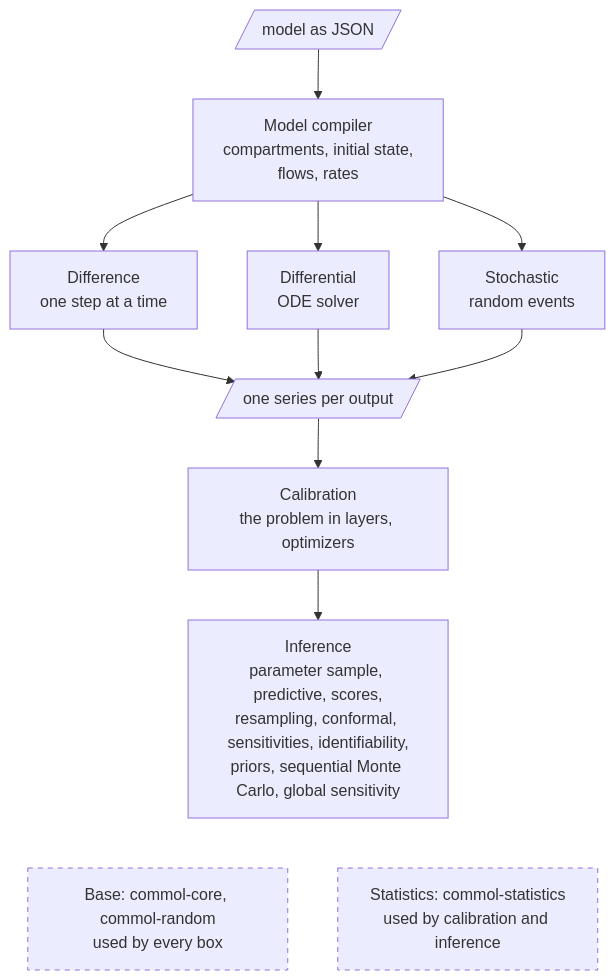
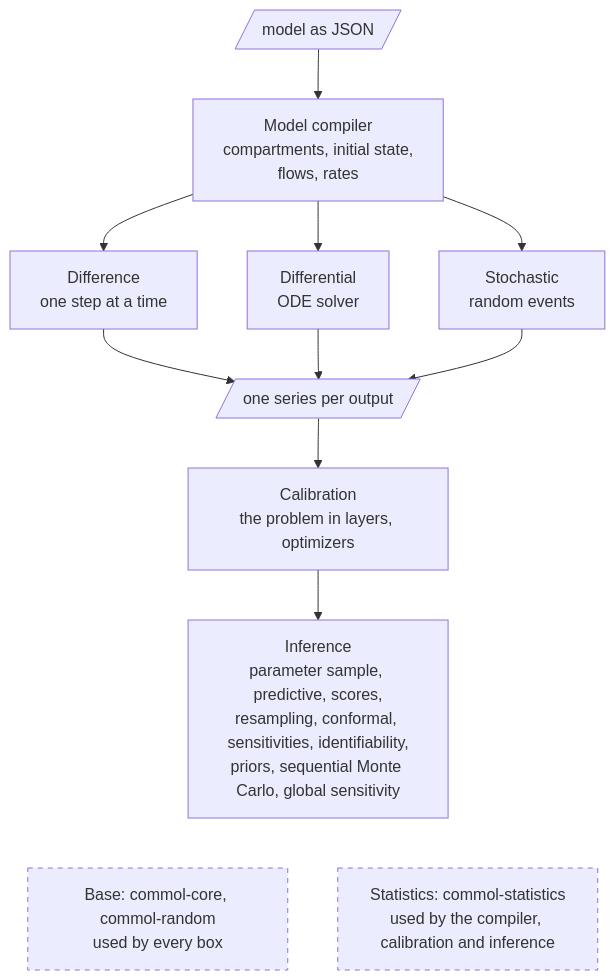
One commit to MUNQU/commol changed the second of 4 diagrams in docs/codebase/architecture.md. Above: the diagram before and after it, drawn with Mermaid. The commit also changed other lines of this file and 57 other files, not shown here.

````diff
--- a/docs/codebase/architecture.md
+++ b/docs/codebase/architecture.md
@@ -48,22 +48,22 @@
 ```mermaid
 flowchart TB
     J[/model as JSON/]
     M["Model compiler<br/>compartments, initial state,<br/>flows, rates"]
     E1["Difference<br/>one step at a time"]
     E2["Differential<br/>ODE solver"]
     E3["Stochastic<br/>random events"]
     O[/one series per output/]
     C["Calibration<br/>the problem in layers, optimizers"]
     I["Inference<br/>parameter sample, predictive, scores,<br/>resampling, conformal, sensitivities, identifiability,<br/>priors, sequential Monte Carlo, global sensitivity"]
     F["Base: commol-core, commol-random<br/>used by every box"]
-    G["Statistics: commol-statistics<br/>used by calibration and inference"]
+    G["Statistics: commol-statistics<br/>used by the compiler, calibration and inference"]
     J --> M
     M --> E1 & E2 & E3
     E1 & E2 & E3 --> O
     O --> C
     C --> I
     I ~~~ F
     I ~~~ G
     classDef base stroke-dasharray: 5 5
     class F,G base
 ```
````
